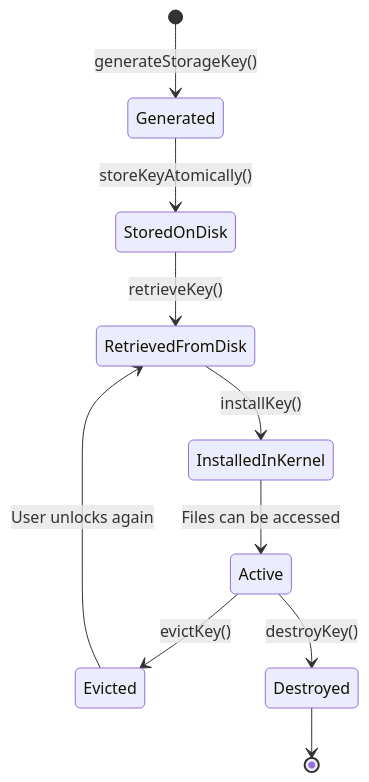
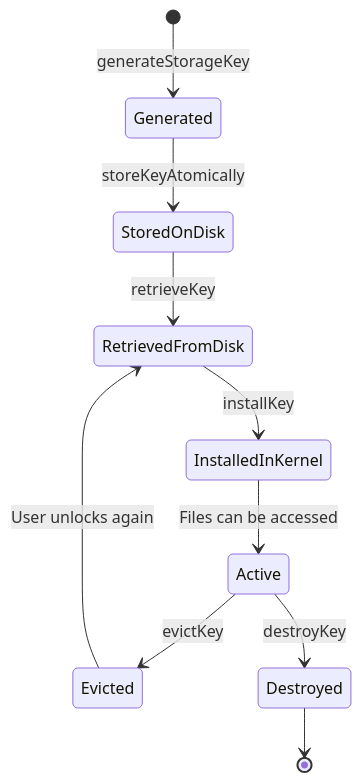
One commit to fwrite0920/aosp-internal-book changed diagram 14 of 25 in 34-storage.md. Above: the diagram before and after it, drawn with Mermaid. The commit also changed 13 other files, not shown here.

First line of the commit message:
Fix Mermaid diagrams and formatting in Parts VII-VIII (chapters 26-39)

````diff
--- a/34-storage.md
+++ b/34-storage.md
@@ -3118,12 +3118,12 @@
 ```mermaid
 stateDiagram-v2
-    [*] --> Generated: generateStorageKey()
-    Generated --> StoredOnDisk: storeKeyAtomically()
-    StoredOnDisk --> RetrievedFromDisk: retrieveKey()
-    RetrievedFromDisk --> InstalledInKernel: installKey()
+    [*] --> Generated: generateStorageKey
+    Generated --> StoredOnDisk: storeKeyAtomically
+    StoredOnDisk --> RetrievedFromDisk: retrieveKey
+    RetrievedFromDisk --> InstalledInKernel: installKey
     InstalledInKernel --> Active: Files can be accessed
-    Active --> Evicted: evictKey()
+    Active --> Evicted: evictKey
     Evicted --> RetrievedFromDisk: User unlocks again
-    Active --> Destroyed: destroyKey()
+    Active --> Destroyed: destroyKey
     Destroyed --> [*]
 ```
````
